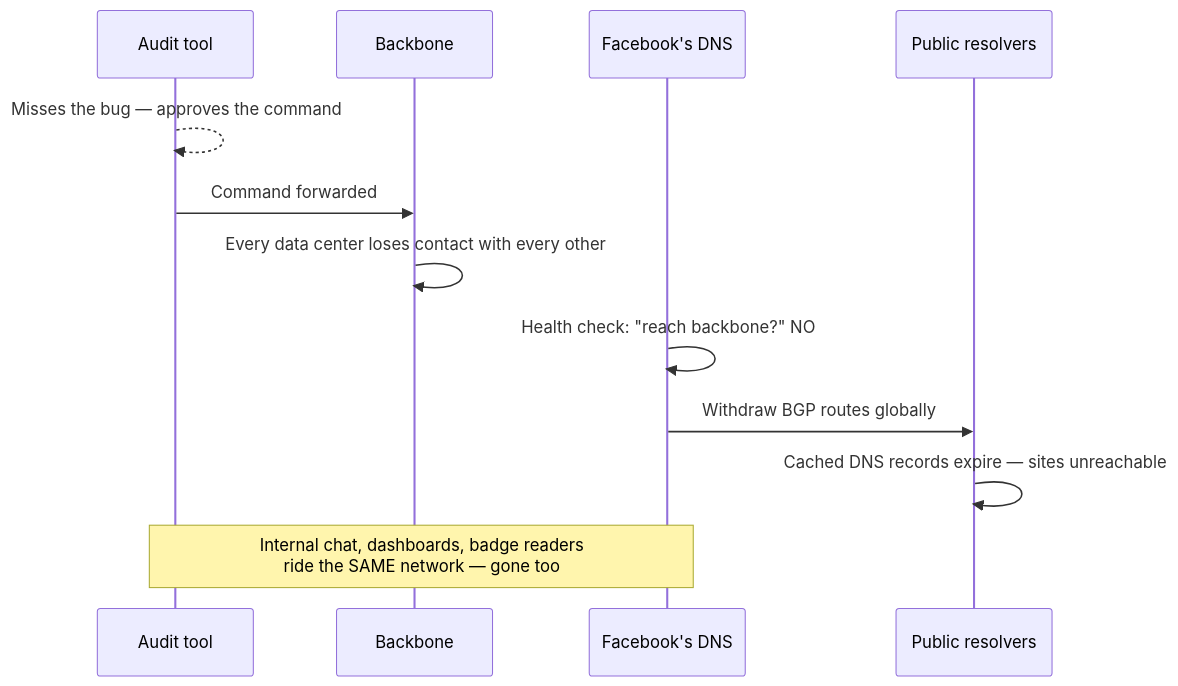
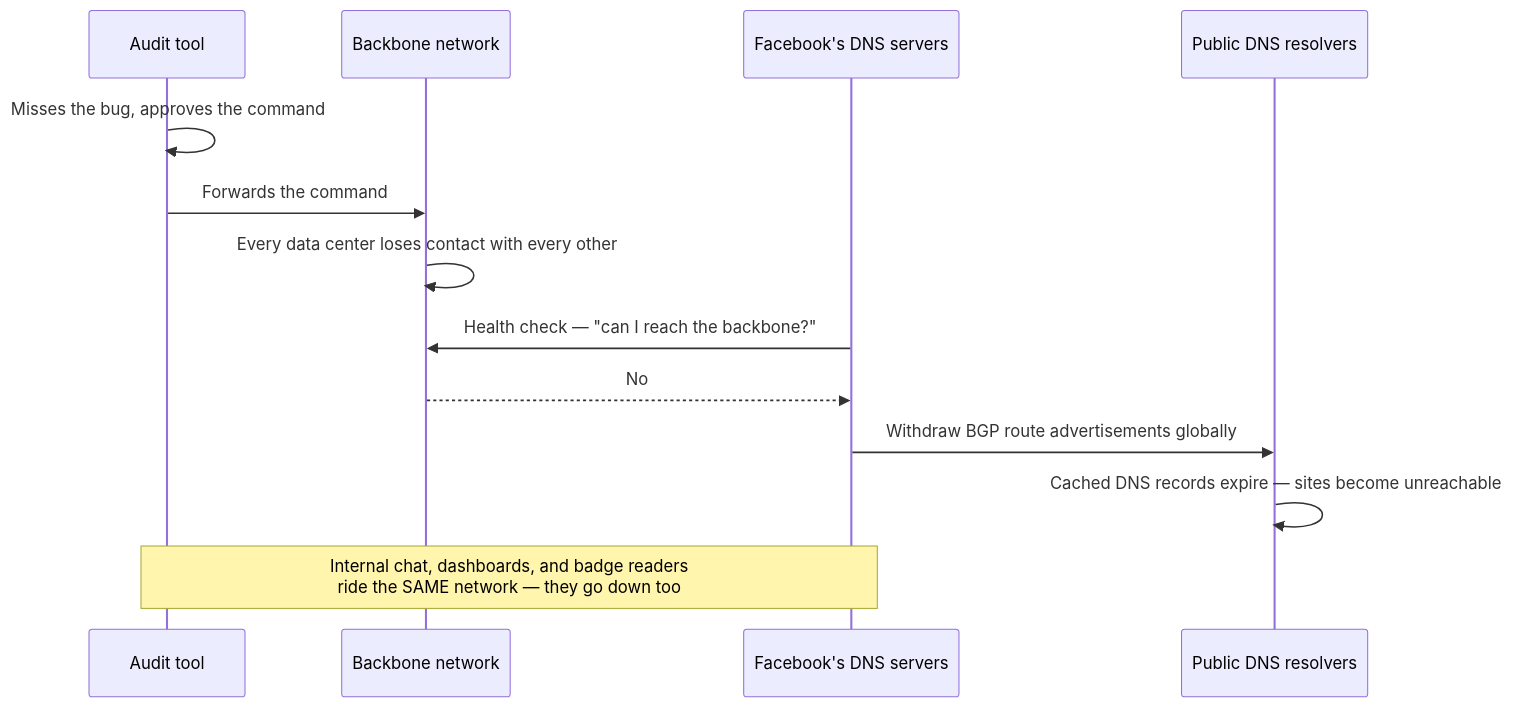
One commit to riyaz-pasha/Learnings changed the fourth of 11 diagrams in system-design/HLD/0-course/39-Spectacular-Failures-FAANG-Guide-story.md. Above: the diagram before and after it, drawn with Mermaid. The commit also changed other lines of this file and 1 other file, not shown here.

Commit message:
[REWRITE] Spectacular Failures story guide: simplify prose, add structure, fix diagrams

````diff
--- a/system-design/HLD/0-course/39-Spectacular-Failures-FAANG-Guide-story.md
+++ b/system-design/HLD/0-course/39-Spectacular-Failures-FAANG-Guide-story.md
@@ -149,15 +200,16 @@
 ```mermaid
 sequenceDiagram
     participant Audit as Audit tool
-    participant BB as Backbone
-    participant DNS as Facebook's DNS
-    participant World as Public resolvers
+    participant BB as Backbone network
+    participant DNS as Facebook's DNS servers
+    participant World as Public DNS resolvers
 
-    Audit-->>Audit: Misses the bug — approves the command
-    Audit->>BB: Command forwarded
+    Audit->>Audit: Misses the bug, approves the command
+    Audit->>BB: Forwards the command
     BB->>BB: Every data center loses contact with every other
-    DNS->>DNS: Health check: "reach backbone?" NO
-    DNS->>World: Withdraw BGP routes globally
-    World->>World: Cached DNS records expire — sites unreachable
-    Note over Audit,DNS: Internal chat, dashboards, badge readers<br/>ride the SAME network — gone too
+    DNS->>BB: Health check — "can I reach the backbone?"
+    BB-->>DNS: No
+    DNS->>World: Withdraw BGP route advertisements globally
+    World->>World: Cached DNS records expire — sites become unreachable
+    Note over Audit,DNS: Internal chat, dashboards, and badge readers<br/>ride the SAME network — they go down too
 ```
````
